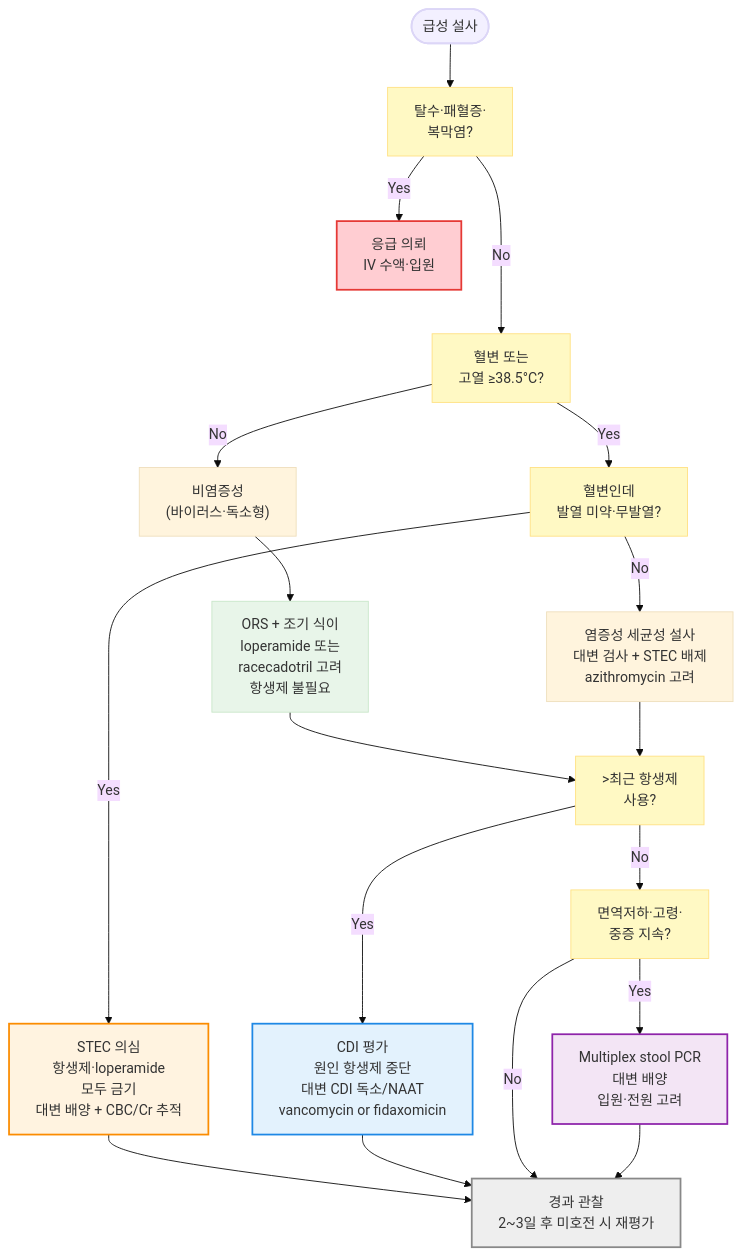
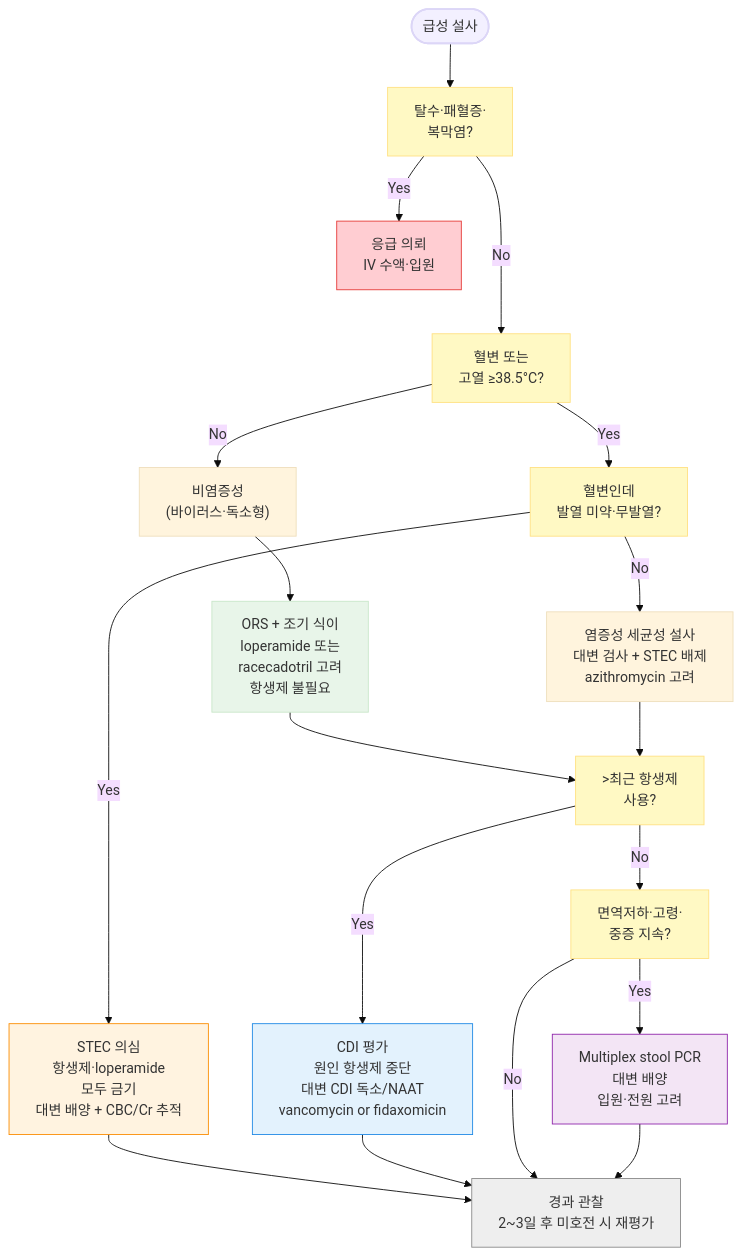
The diagram in 224_/083_-acute-diarrhea.md (familyoh77/familyoh77), drawn with Mermaid (base theme) before and after one commit. The commit also changed other lines of this file, not shown here.

````diff
--- a/224_/083_-acute-diarrhea.md
+++ b/224_/083_-acute-diarrhea.md
@@ -135,52 +127,52 @@
 ```mermaid
 graph TD
     Start(["급성 설사"])
 
     S1["탈수·패혈증·<br/>복막염?"]
     Emergency["응급 의뢰<br/>IV 수액·입원"]
 
     S2["혈변 또는<br/>고열 ≥38.5°C?"]
 
     NonInfl["비염증성<br/>(바이러스·독소형)"]
     NonInflTx["ORS + 조기 식이<br/>loperamide 또는<br/>racecadotril 고려<br/>항생제 불필요"]
 
     STECq["혈변인데<br/>발열 미약·무발열?"]
     STEC["STEC 의심<br/>항생제·loperamide<br/>모두 금기<br/>대변 배양 + CBC/Cr 추적"]
     Infl["염증성 세균성 설사<br/>대변 검사 + STEC 배제<br/>azithromycin 고려"]
 
     S3[">최근 항생제<br/>사용?"]
     CDI["CDI 평가<br/>원인 항생제 중단<br/>대변 CDI 독소/NAAT<br/>vancomycin or fidaxomicin"]
 
     S4["면역저하·고령·<br/>중증 지속?"]
     HighRisk["Multiplex stool PCR<br/>대변 배양<br/>입원·전원 고려"]
     FU["경과 관찰<br/>2~3일 후 미호전 시 재평가"]
 
     Start --> S1
     S1 -->|Yes| Emergency
     S1 --->|No| S2
     S2 -->|No| NonInfl
     NonInfl --> NonInflTx
     S2 -->|Yes| STECq
     STECq -->|Yes| STEC
     STECq -->|No| Infl
     NonInflTx --> S3
     Infl --> S3
     STEC --> FU
     S3 -->|Yes| CDI
     S3 -->|No| S4
     CDI --> FU
     S4 -->|Yes| HighRisk
     S4 -->|No| FU
     HighRisk --> FU
 
 style Start fill:#eeeeee,stroke:#888888,stroke-width:2px
  classDef yellow fill:#fff9c4,stroke:#ffe082
  class S1,S2,S3,S4,STECq yellow
-    style Emergency fill:#ffcdd2,stroke:#e53935,stroke-width:2px
-    style STEC fill:#fff3e0,stroke:#fb8c00,stroke-width:2px
-    style CDI fill:#e3f2fd,stroke:#1e88e5,stroke-width:2px
-    style HighRisk fill:#f3e5f5,stroke:#8e24aa,stroke-width:2px
+    style Emergency fill:#ffcdd2,stroke:#e53935
+    style STEC fill:#fff3e0,stroke:#fb8c00
+    style CDI fill:#e3f2fd,stroke:#1e88e5
+    style HighRisk fill:#f3e5f5,stroke:#8e24aa
     style Start fill:#f3f0ff,stroke:#dcd6f7
     style NonInflTx fill:#e8f5e9,stroke:#c8e6c9
-    style FU fill:#eeeeee,stroke:#888888,stroke-width:2px
+    style FU fill:#eeeeee,stroke:#888888
 ```
````
